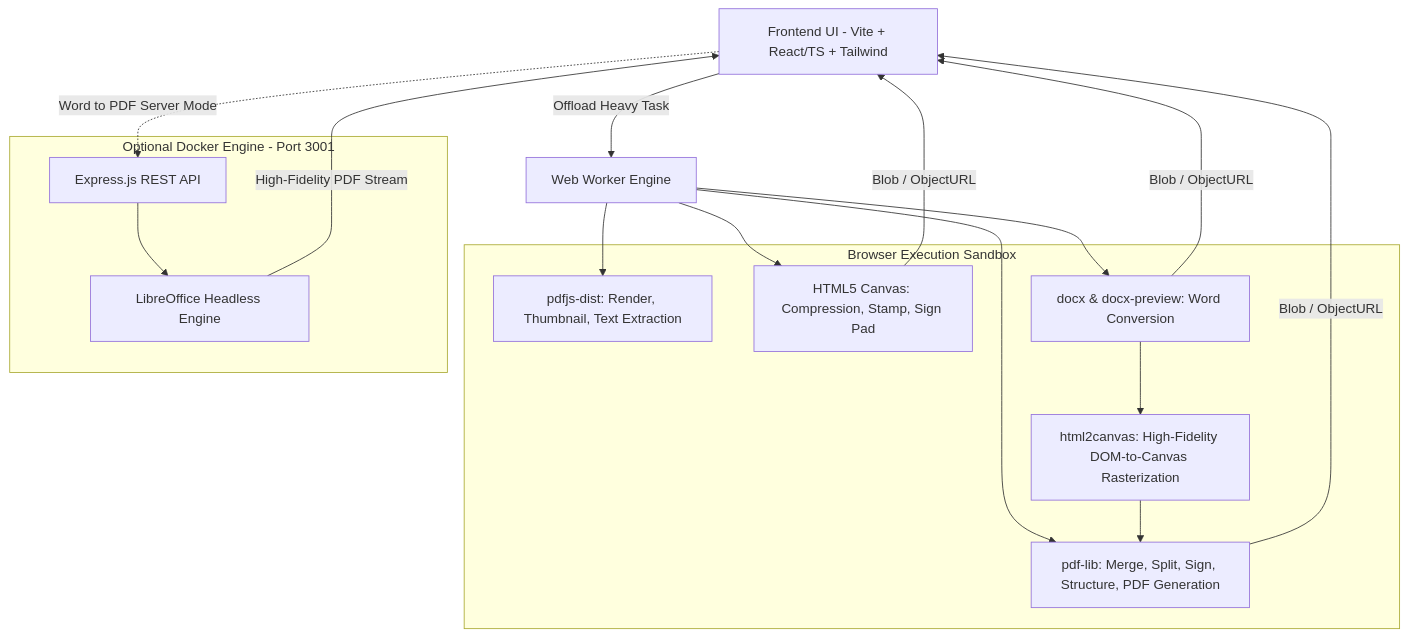
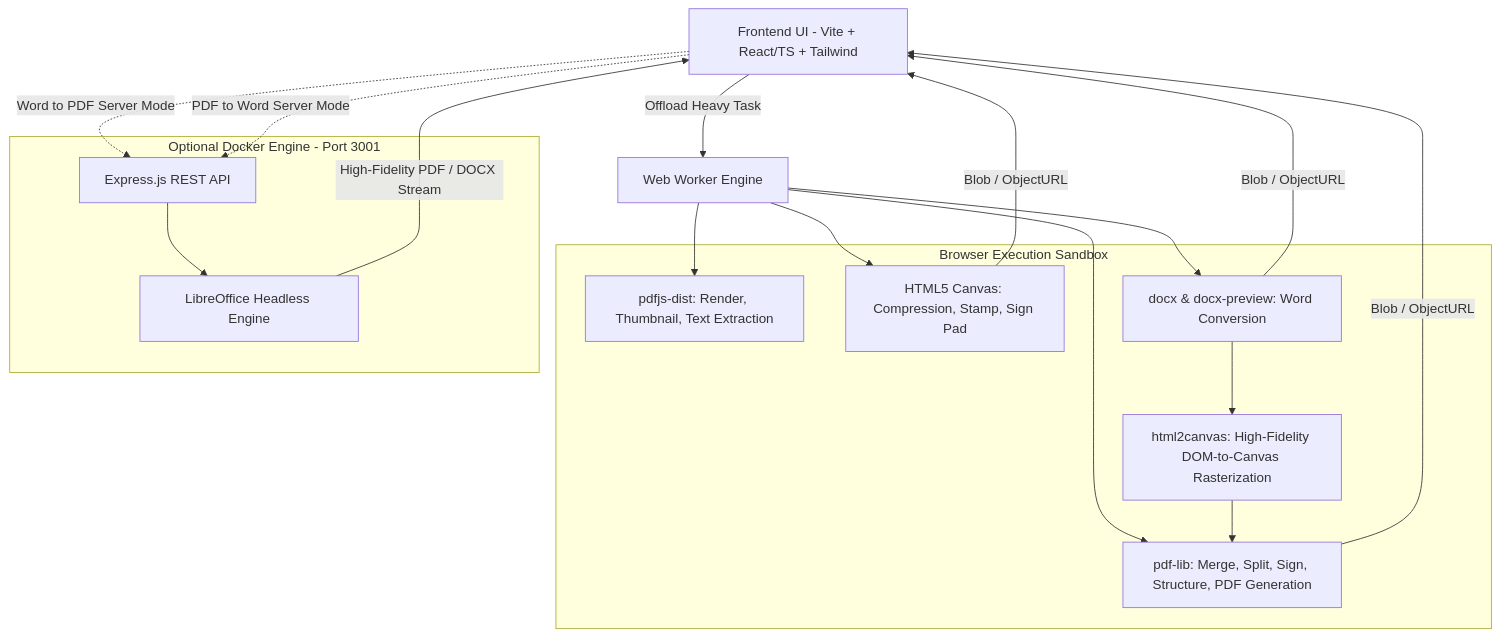
Before and after one commit to Andrianto15/andesa-pdf-utility: the diagram in docs/PRD.md, drawn with Mermaid. The commit also changed other lines of this file and 7 other files, not shown here.

Commit message:
feat: add hybrid PDF-to-Word conversion microservice and client integration tests

````diff
--- a/docs/PRD.md
+++ b/docs/PRD.md
@@ -145,34 +148,35 @@
 ```mermaid
 graph TD
     UI[Frontend UI - Vite + React/TS + Tailwind]
     WW[Web Worker Engine]
 
     subgraph Client Memory [Browser Execution Sandbox]
         PDFLIB[pdf-lib: Merge, Split, Sign, Structure, PDF Generation]
         PDFJS[pdfjs-dist: Render, Thumbnail, Text Extraction]
         CANVAS[HTML5 Canvas: Compression, Stamp, Sign Pad]
         DOCXTOOL[docx & docx-preview: Word Conversion]
         H2C[html2canvas: High-Fidelity DOM-to-Canvas Rasterization]
     end
 
     subgraph Backend Microservice [Optional Docker Engine - Port 3001]
         EXPRESS[Express.js REST API]
         SOFFICE[LibreOffice Headless Engine]
     end
 
     UI -->|Offload Heavy Task| WW
     WW --> PDFLIB
     WW --> PDFJS
     WW --> CANVAS
     WW --> DOCXTOOL
     DOCXTOOL --> H2C
     H2C --> PDFLIB
 
     UI -.->|Word to PDF Server Mode| EXPRESS
+    UI -.->|PDF to Word Server Mode| EXPRESS
     EXPRESS --> SOFFICE
-    SOFFICE -->|High-Fidelity PDF Stream| UI
+    SOFFICE -->|High-Fidelity PDF / DOCX Stream| UI
 
     PDFLIB -->|Blob / ObjectURL| UI
     CANVAS -->|Blob / ObjectURL| UI
     DOCXTOOL -->|Blob / ObjectURL| UI
 ```
````
